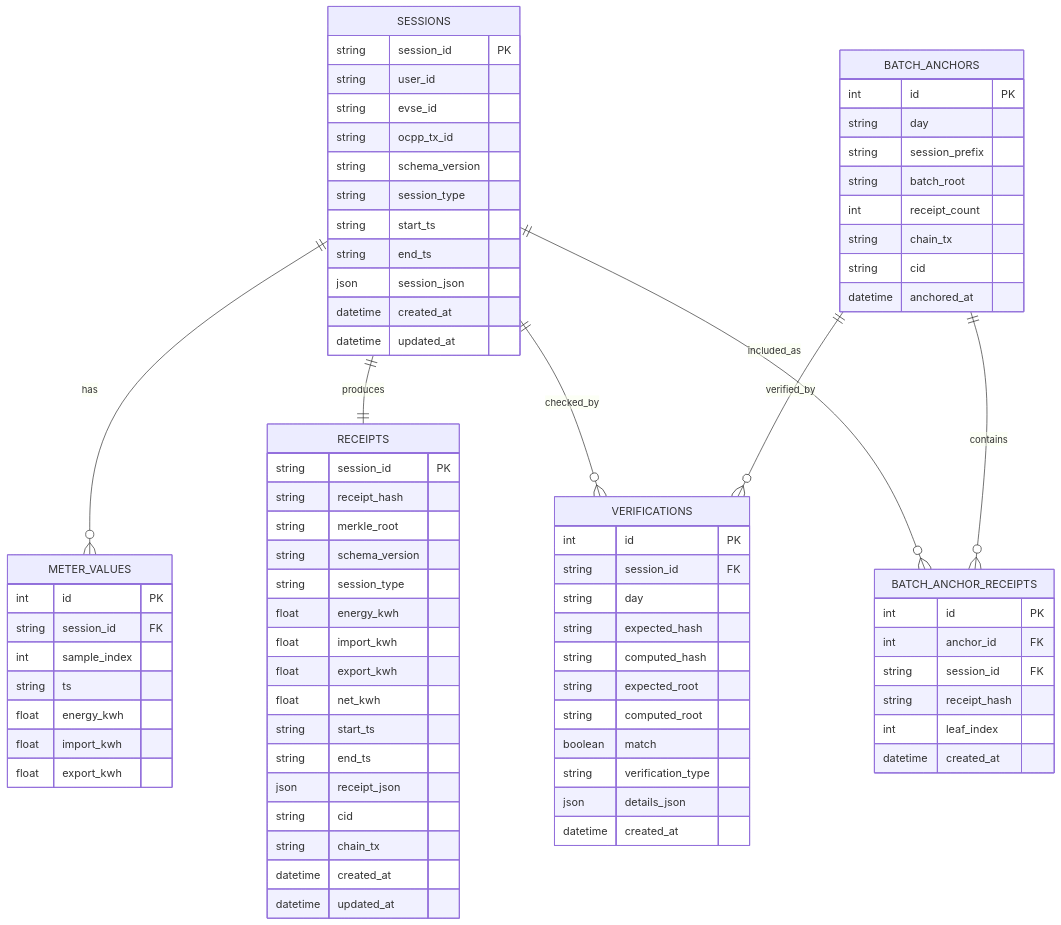
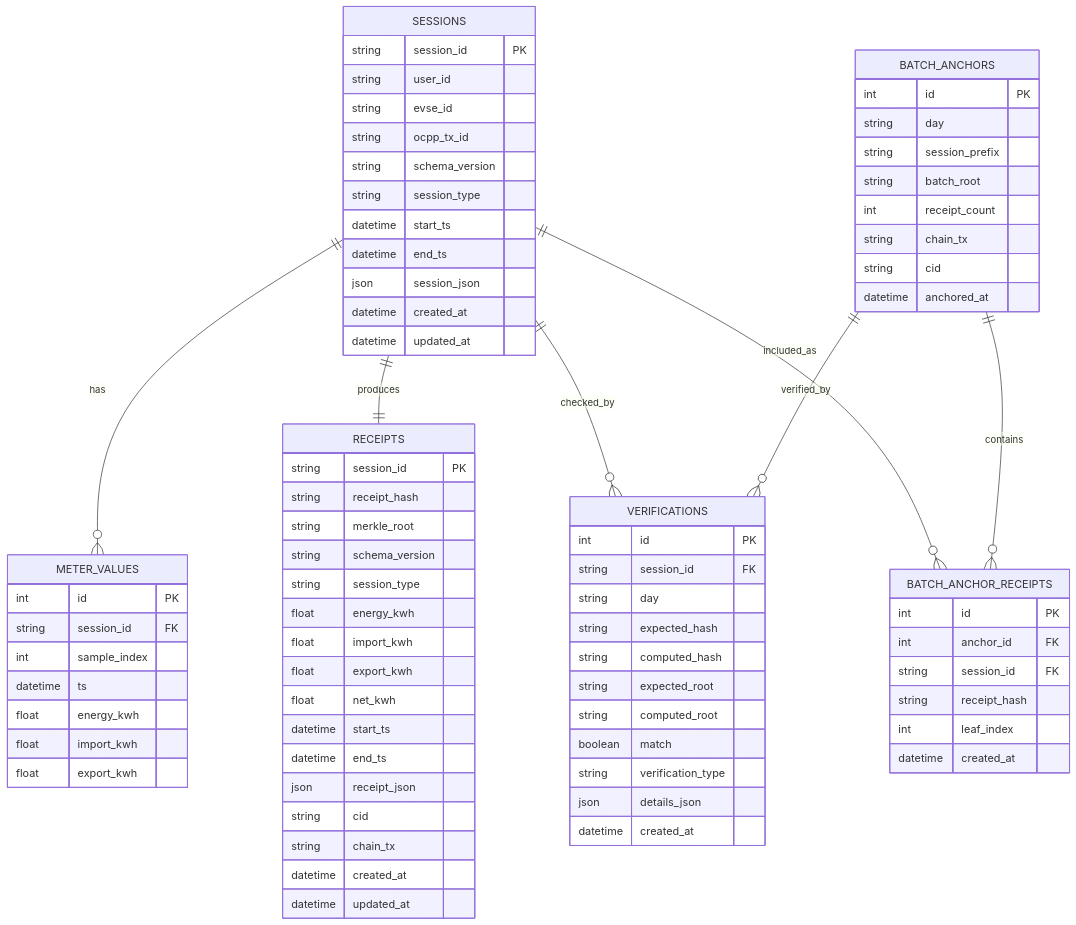
The second of 2 diagrams in README.md (ErenisR/proof-of-charge), drawn with Mermaid before and after one commit. The commit also changed other lines of this file and 9 other files, not shown here.

```diff
--- a/README.md
+++ b/README.md
@@ -196,8 +196,8 @@
     string ocpp_tx_id
     string schema_version
     string session_type
-    string start_ts
-    string end_ts
+    datetime start_ts
+    datetime end_ts
     json session_json
     datetime created_at
     datetime updated_at
@@ -207,7 +207,7 @@
     int id PK
     string session_id FK
     int sample_index
-    string ts
+    datetime ts
     float energy_kwh
     float import_kwh
     float export_kwh
@@ -223,8 +223,8 @@
     float import_kwh
     float export_kwh
     float net_kwh
-    string start_ts
-    string end_ts
+    datetime start_ts
+    datetime end_ts
     json receipt_json
     string cid
     string chain_tx
```
